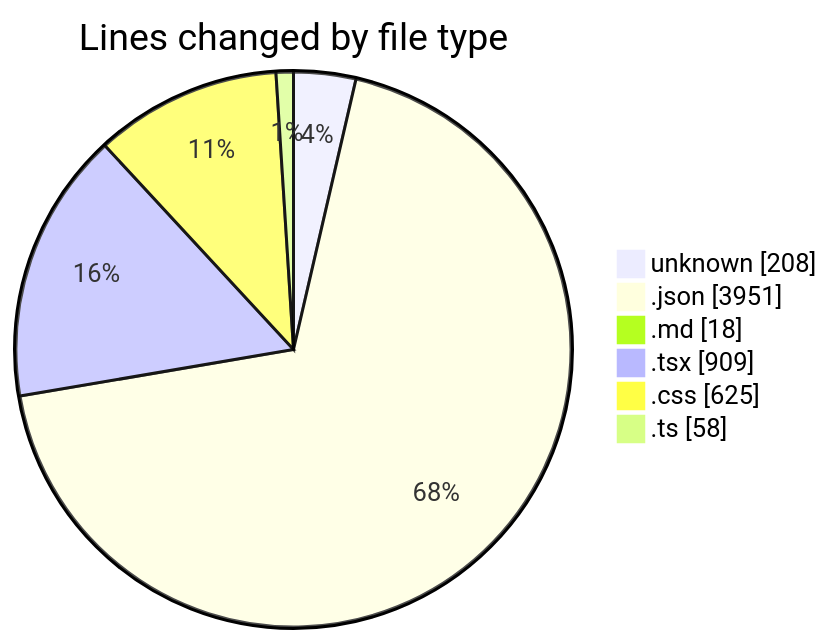
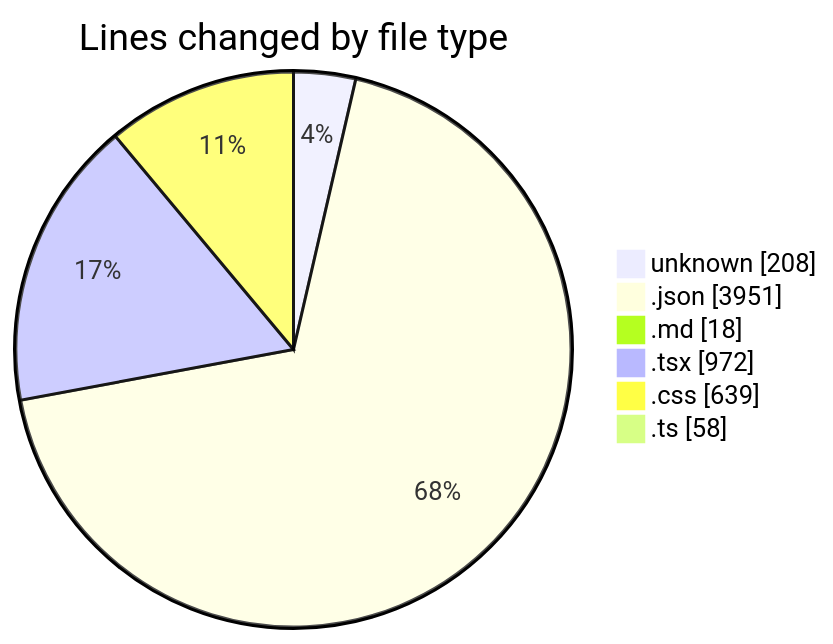
One commit to EIIisD/code-tracking changed the first of 2 diagrams in 2025-08-07/ribbon/README.md. Above: the diagram before and after it, drawn with Mermaid. The commit also changed other lines of this file and 1 other file, not shown here.

````diff
--- a/2025-08-07/ribbon/README.md
+++ b/2025-08-07/ribbon/README.md
@@ -35,10 +35,10 @@
 ```mermaid
 pie showData
 title Lines changed by file type
 "unknown" : 208
 ".json" : 3951
 ".md" : 18
-".tsx" : 909
-".css" : 625
+".tsx" : 972
+".css" : 639
 ".ts" : 58
 ```
````
